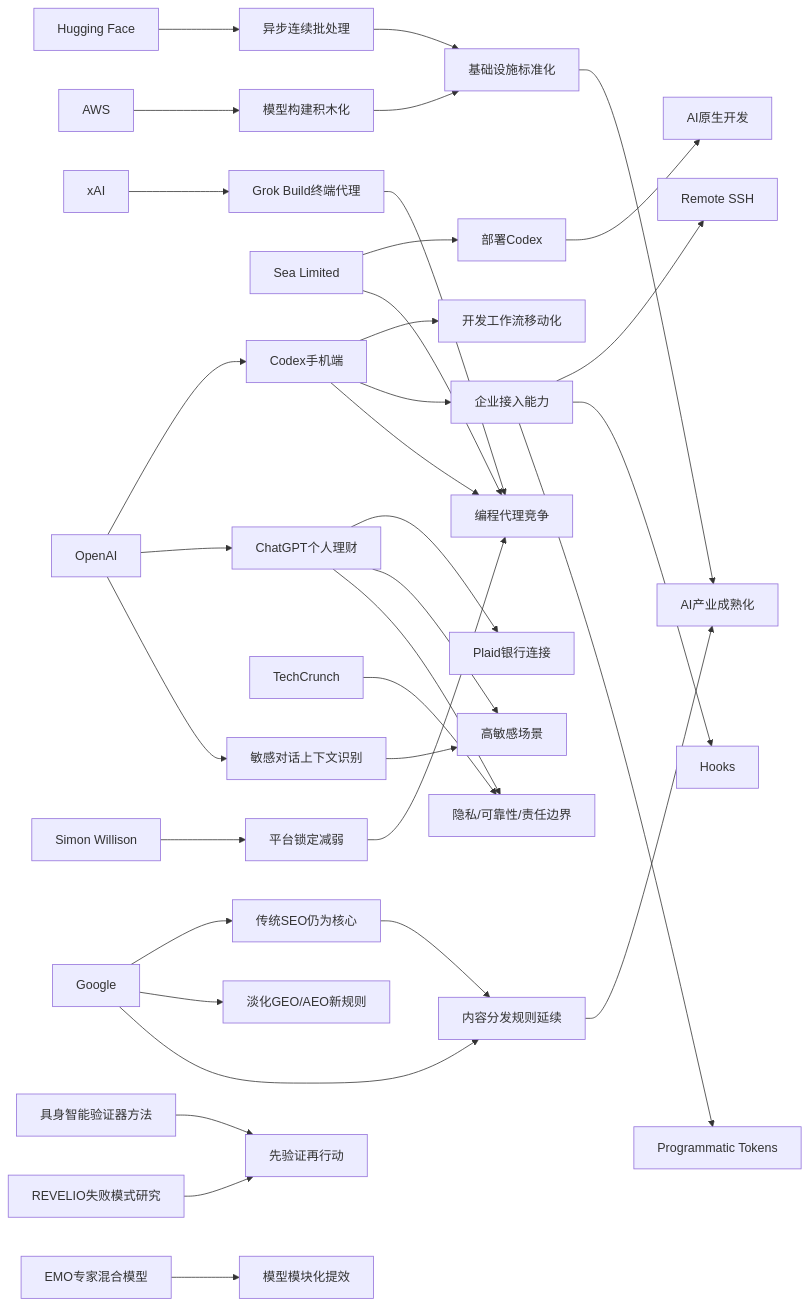
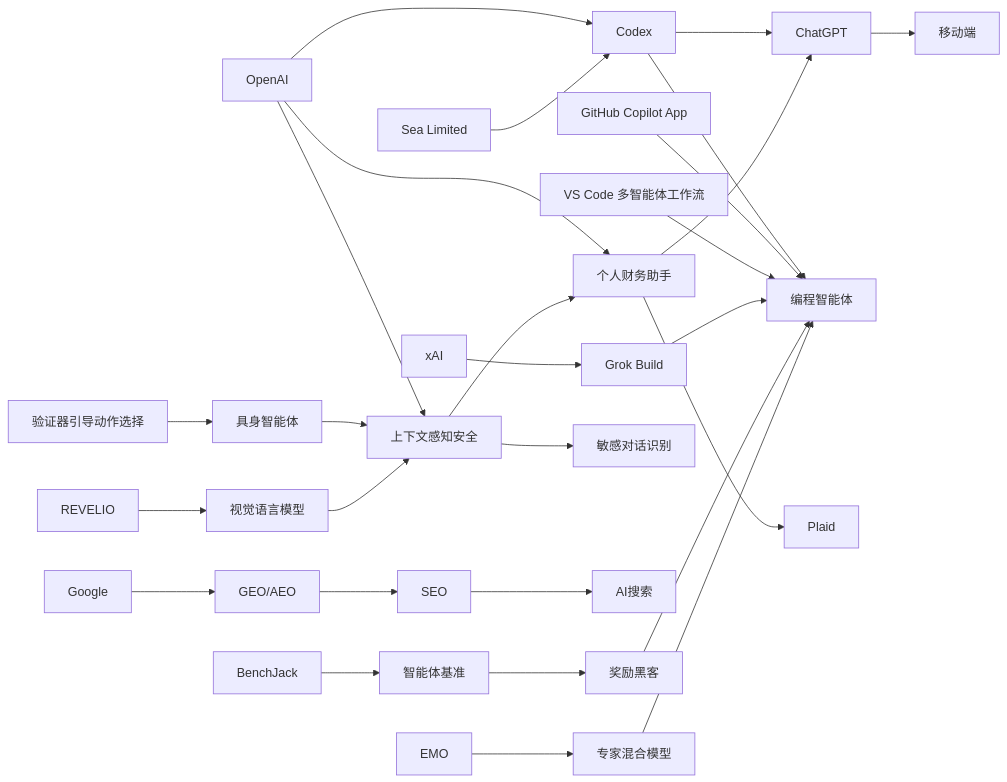
Before and after one commit to zhuxinfei/ai-daily-site: the diagram in content/cn/2026/2026-05/2026-05-15.md, drawn with Mermaid. The commit also changed other lines of this file, not shown here.

````diff
--- a/content/cn/2026/2026-05/2026-05-15.md
+++ b/content/cn/2026/2026-05/2026-05-15.md
@@ -110,46 +104,67 @@
 ```mermaid
 graph LR
-    OpenAI --> CodexMobile[Codex手机端]
-    OpenAI --> Finance[ChatGPT个人理财]
-    OpenAI --> Safety[敏感对话上下文识别]
+    OpenAI[OpenAI]
+    Codex[Codex]
+    ChatGPT[ChatGPT]
+    Mobile[移动端]
+    Sea[Sea Limited]
+    DevAgent[编程智能体]
+    Copilot[GitHub Copilot App]
+    VSCode[VS Code 多智能体工作流]
+    xAI[xAI]
+    GrokBuild[Grok Build]
 
-    CodexMobile --> DevWorkflow[开发工作流移动化]
-    CodexMobile --> EnterpriseFeatures[企业接入能力]
-    EnterpriseFeatures --> RemoteSSH[Remote SSH]
-    EnterpriseFeatures --> Hooks[Hooks]
-    EnterpriseFeatures --> Tokens[Programmatic Tokens]
+    Finance[个人财务助手]
+    Plaid[Plaid]
+    Safety[上下文感知安全]
+    Sensitive[敏感对话识别]
 
-    Sea[Sea Limited] --> CodexDeploy[部署Codex]
-    CodexDeploy --> AINativeDev[AI原生开发]
+    Google[Google]
+    SEO[SEO]
+    GEO[GEO/AEO]
+    Search[AI搜索]
 
-    xAI --> GrokBuild[Grok Build终端代理]
-    GrokBuild --> DevAgentRace[编程代理竞争]
-    CodexMobile --> DevAgentRace
-    Sea --> DevAgentRace
+    BenchJack[BenchJack]
+    Benchmark[智能体基准]
+    RewardHacking[奖励黑客]
 
-    Simon[Simon Willison] --> LockIn[平台锁定减弱]
-    LockIn --> DevAgentRace
+    Verifier[验证器引导动作选择]
+    Embodied[具身智能体]
+    REVELIO[REVELIO]
+    VLM[视觉语言模型]
+    EMO[EMO]
+    MoE[专家混合模型]
 
-    Finance --> Plaid[Plaid银行连接]
-    Finance --> HighSensitivity[高敏感场景]
-    Safety --> HighSensitivity
-    TechCrunch --> FinanceRisk[隐私/可靠性/责任边界]
-    Finance --> FinanceRisk
+    OpenAI --> Codex
+    Codex --> ChatGPT
+    ChatGPT --> Mobile
+    Codex --> DevAgent
+    Sea --> Codex
+    Copilot --> DevAgent
+    VSCode --> DevAgent
+    xAI --> GrokBuild
+    GrokBuild --> DevAgent
 
-    Google --> SEO[传统SEO仍为核心]
-    Google --> RejectGEO[淡化GEO/AEO新规则]
+    OpenAI --> Finance
+    Finance --> ChatGPT
+    Finance --> Plaid
+    OpenAI --> Safety
+    Safety --> Sensitive
+    Safety --> Finance
 
-    HF[Hugging Face] --> AsyncBatch[异步连续批处理]
-    AWS --> BuildingBlocks[模型构建积木化]
-    AsyncBatch --> InfraStandard[基础设施标准化]
-    BuildingBlocks --> InfraStandard
+    Google --> GEO
+    GEO --> SEO
+    SEO --> Search
 
-    Google --> ContentRules[内容分发规则延续]
-    SEO --> ContentRules
-    InfraStandard --> AIIndustry[AI产业成熟化]
-    ContentRules --> AIIndustry
+    BenchJack --> Benchmark
+    Benchmark --> RewardHacking
+    RewardHacking --> DevAgent
 
-    Research1[具身智能验证器方法] --> Reliability[先验证再行动]
-    Research2[EMO专家混合模型] --> Efficiency[模型模块化提效]
-    Research3[REVELIO失败模式研究] --> Reliability
+    Verifier --> Embodied
+    REVELIO --> VLM
+    EMO --> MoE
+
+    Embodied --> Safety
+    VLM --> Safety
+    MoE --> DevAgent
 ```
````
